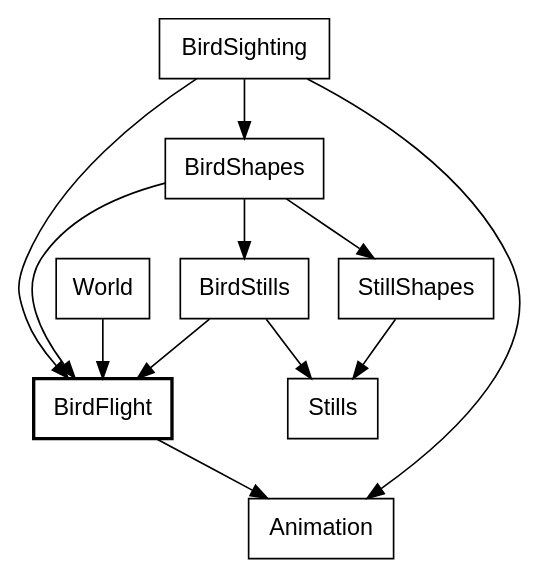
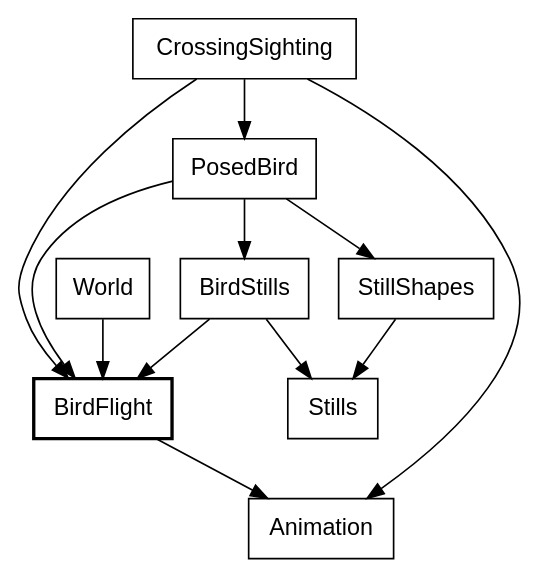
Before and after one commit to showell/roc-apps: diagram 26 of 35 in canvas_apps/safari/tutorial/tutorial.md, drawn with Graphviz. The commit also changed other lines of this file and 3 other files, not shown here.

First line of the commit message:
safari book_names: the diagrams' node names are checked too

````diff
--- a/canvas_apps/safari/tutorial/tutorial.md
+++ b/canvas_apps/safari/tutorial/tutorial.md
@@ -2127,17 +2127,17 @@
 ```dot
 digraph bird {
   node [shape=box, fontname="Helvetica"];
   BirdFlight [style=bold];
   World -> BirdFlight;
-  BirdSighting -> BirdFlight;
-  BirdSighting -> BirdShapes;
-  BirdSighting -> Animation;
-  BirdShapes -> BirdFlight;
-  BirdShapes -> BirdStills;
-  BirdShapes -> StillShapes;
+  CrossingSighting -> BirdFlight;
+  CrossingSighting -> PosedBird;
+  CrossingSighting -> Animation;
+  PosedBird -> BirdFlight;
+  PosedBird -> BirdStills;
+  PosedBird -> StillShapes;
   BirdStills -> BirdFlight;
   BirdStills -> Stills;
   StillShapes -> Stills;
   BirdFlight -> Animation;
 }
 ```
````
